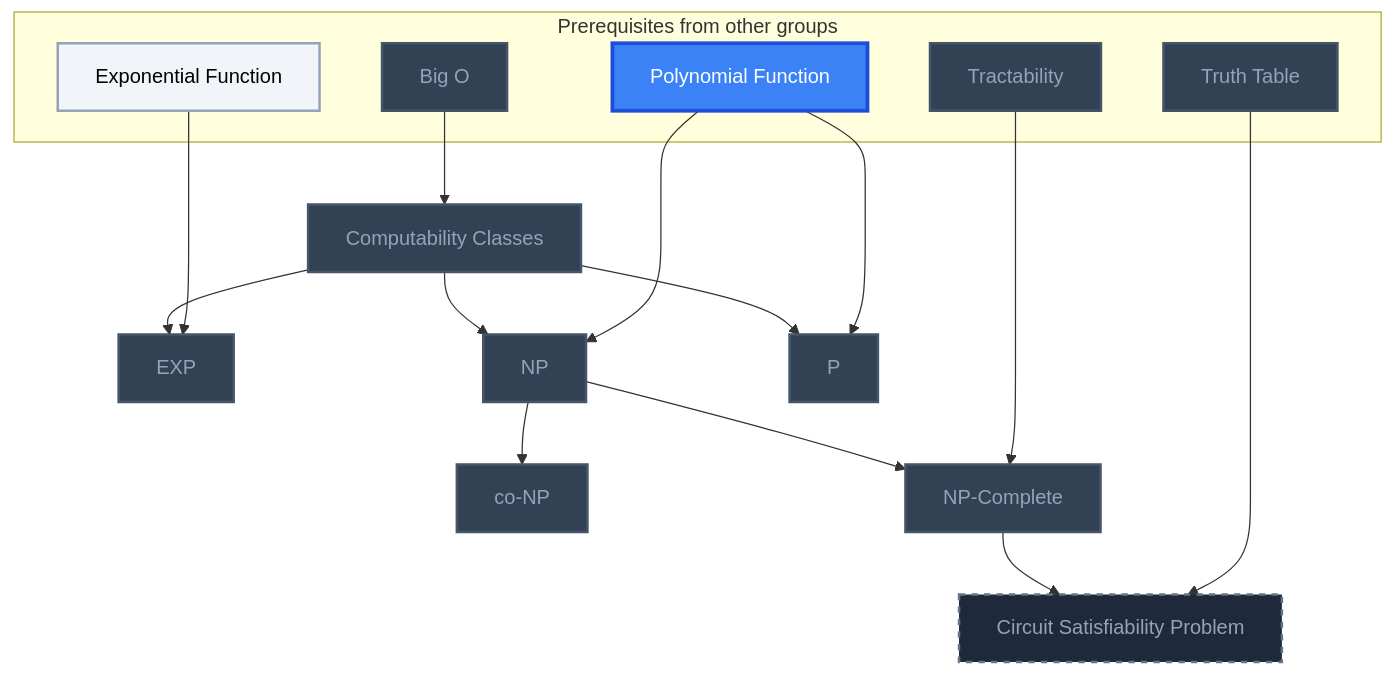
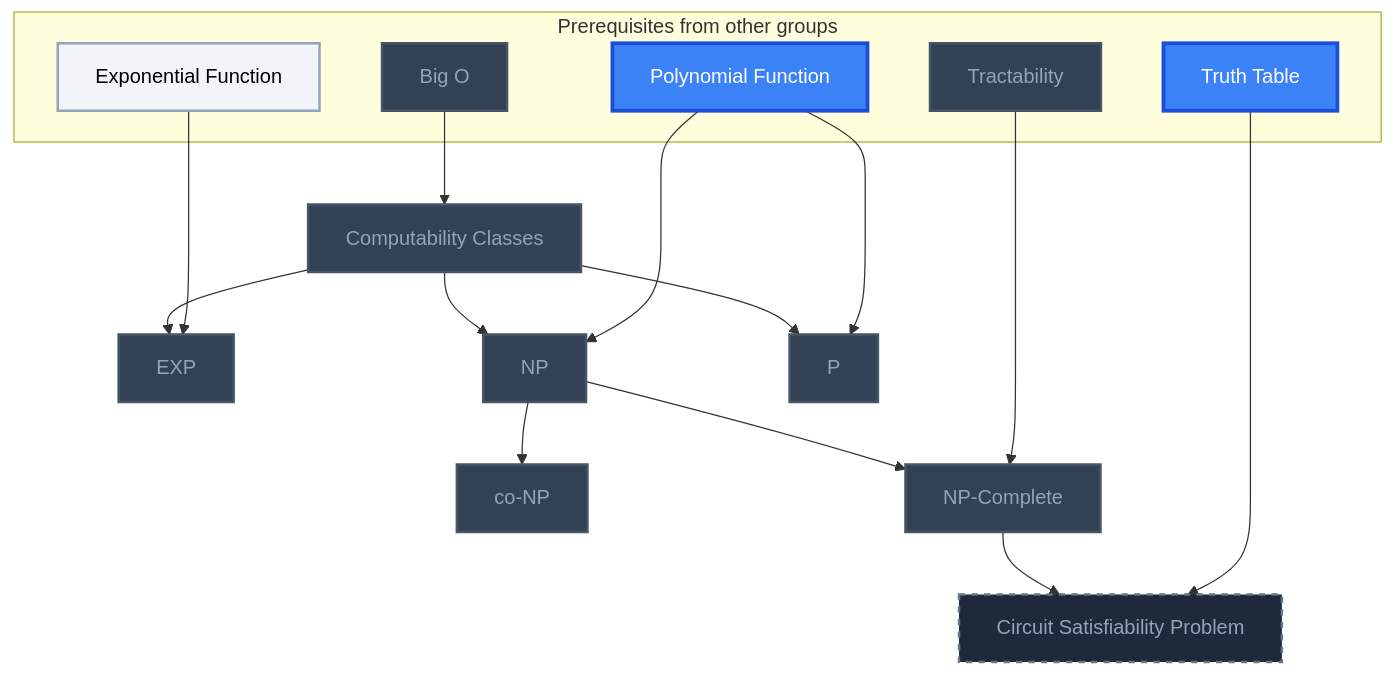
The eighth of 10 diagrams in Gamification/Skill Trees/Theoretical Computer Science.md (MRauf1/My-Notes), drawn with Mermaid before and after one commit. The commit also changed other lines of this file and 62 other files, not shown here.

````diff
--- a/Gamification/Skill Trees/Theoretical Computer Science.md
+++ b/Gamification/Skill Trees/Theoretical Computer Science.md
@@ -350,43 +352,43 @@
 ```mermaid
 flowchart TD
     classDef planned fill:#1E293B,stroke:#64748B,stroke-width:2px,stroke-dasharray:5 5,color:#94A3B8;
     classDef locked fill:#334155,stroke:#475569,stroke-width:2px,color:#94A3B8;
     classDef L0 fill:#F1F5F9,stroke:#94A3B8,stroke-width:2px,color:#000000;
     classDef L1 fill:#22C55E,stroke:#15803D,stroke-width:2px,color:#000000;
     classDef L2 fill:#3B82F6,stroke:#1D4ED8,stroke-width:3px,color:#FFFFFF;
     classDef L3 fill:#A855F7,stroke:#6B21A8,stroke-width:3px,color:#FFFFFF,font-weight:bold;
     classDef L4 fill:#F97316,stroke:#C2410C,stroke-width:4px,color:#000000,font-weight:bold;
     classDef L5 fill:#FFD700,stroke:#FF8C00,stroke-width:5px,color:#000000,font-weight:bold;
     classDef rusty stroke:#8B4513,stroke-width:4px,stroke-dasharray:3 3;
     subgraph sg_prereqs["Prerequisites from other groups"]
         n_big_o["Big O"]
         n_exponential_function["Exponential Function"]
         n_polynomial_function["Polynomial Function"]
         n_tractability["Tractability"]
         n_truth_table["Truth Table"]
     end
     n_computability_classes["Computability Classes"]
     n_exp["EXP"]
     n_np["NP"]
     n_co_np["co-NP"]
     n_p["P"]
     n_np_complete["NP-Complete"]
     n_circuit_satisfiability_problem["Circuit Satisfiability Problem"]
     n_big_o --> n_computability_classes
     n_computability_classes --> n_exp
     n_exponential_function --> n_exp
     n_computability_classes --> n_np
     n_polynomial_function --> n_np
     n_np --> n_co_np
     n_computability_classes --> n_p
     n_polynomial_function --> n_p
     n_np --> n_np_complete
     n_tractability --> n_np_complete
     n_np_complete --> n_circuit_satisfiability_problem
     n_truth_table --> n_circuit_satisfiability_problem
     class n_circuit_satisfiability_problem planned;
-    class n_big_o,n_tractability,n_truth_table,n_computability_classes,n_exp,n_np,n_co_np,n_p,n_np_complete locked;
+    class n_big_o,n_tractability,n_computability_classes,n_exp,n_np,n_co_np,n_p,n_np_complete locked;
     class n_exponential_function L0;
-    class n_polynomial_function L2;
+    class n_polynomial_function,n_truth_table L2;
     class n_big_o,n_exponential_function,n_polynomial_function,n_tractability,n_truth_table,n_computability_classes,n_exp,n_np,n_co_np,n_p,n_np_complete internal-link;
 ```
````
